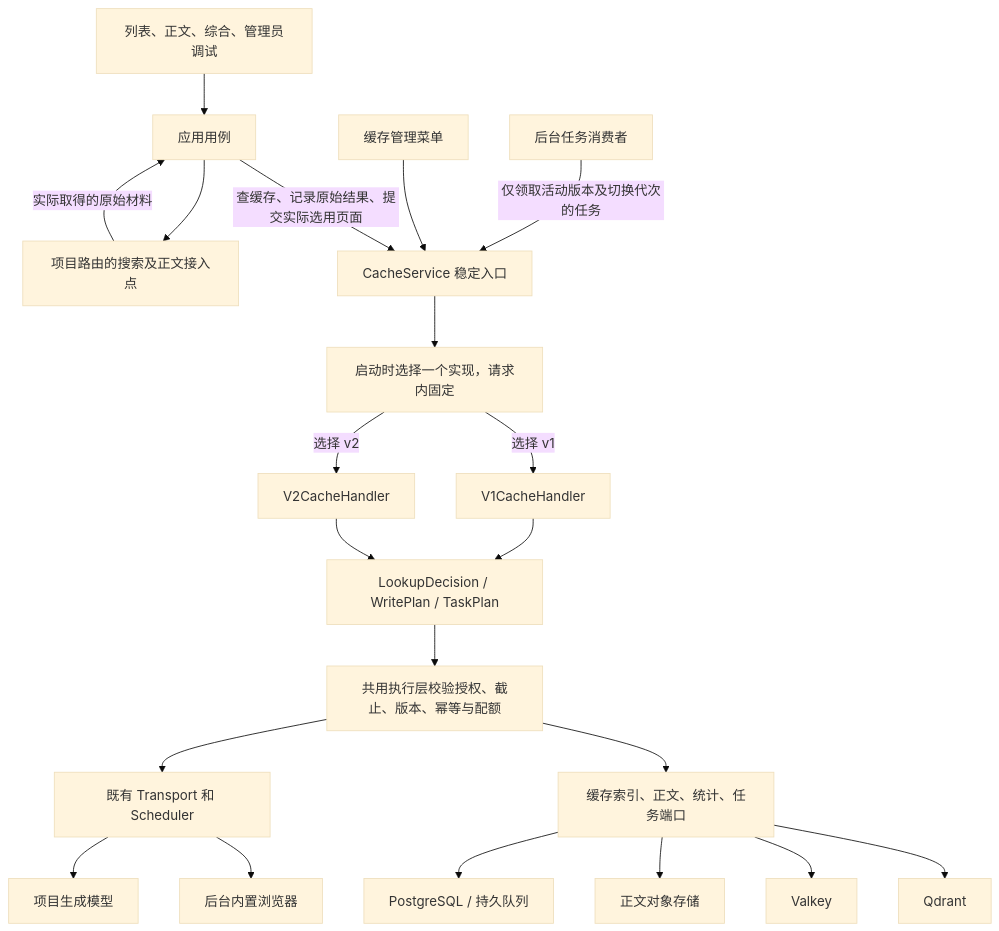
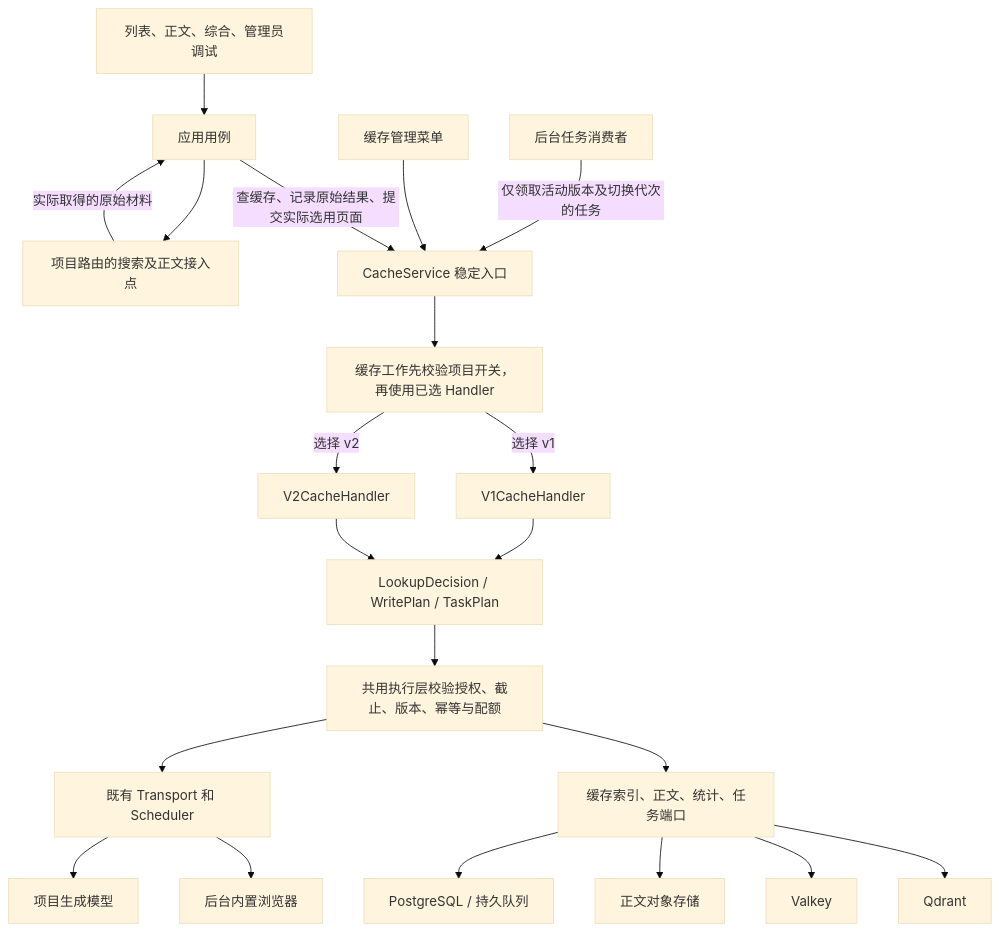
The first of 2 diagrams in docs/plan2/04-cache-architecture.md (Minecodex/OpenAgentSearch), drawn with Mermaid (base theme) before and after one commit. The commit also changed other lines of this file and 155 other files, not shown here.

````diff
--- a/docs/plan2/04-cache-architecture.md
+++ b/docs/plan2/04-cache-architecture.md
@@ -7,23 +7,23 @@
 ```mermaid
 flowchart TD
     U["列表、正文、综合、管理员调试"] --> A["应用用例"]
     M["缓存管理菜单"] --> F["CacheService 稳定入口"]
     A -->|查缓存、记录原始结果、提交实际选用页面| F
     W["后台任务消费者"] -->|仅领取活动版本及切换代次的任务| F
-    F --> R["启动时选择一个实现，请求内固定"]
+    F --> R["缓存工作先校验项目开关，再使用已选 Handler"]
     R -->|选择 v1| H1["V1CacheHandler"]
     R -->|选择 v2| H2["V2CacheHandler"]
     H1 --> P["LookupDecision / WritePlan / TaskPlan"]
     H2 --> P
     P --> K["共用执行层校验授权、截止、版本、幂等与配额"]
     K --> S["缓存索引、正文、统计、任务端口"]
     S --> Q["Qdrant"]
     S --> V["Valkey"]
     S --> O["正文对象存储"]
     S --> D["PostgreSQL / 持久队列"]
     K --> T["既有 Transport 和 Scheduler"]
     T --> B["后台内置浏览器"]
     T --> G["项目生成模型"]
     A --> E["项目路由的搜索及正文接入点"]
     E -->|实际取得的原始材料| A
 ```
````
